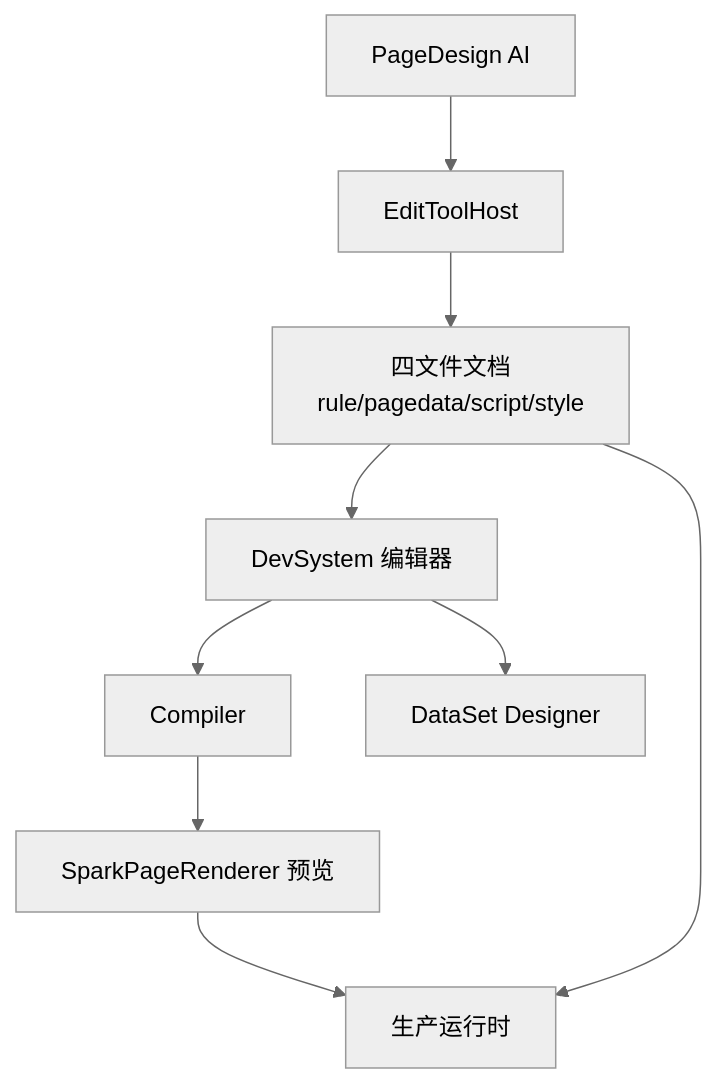
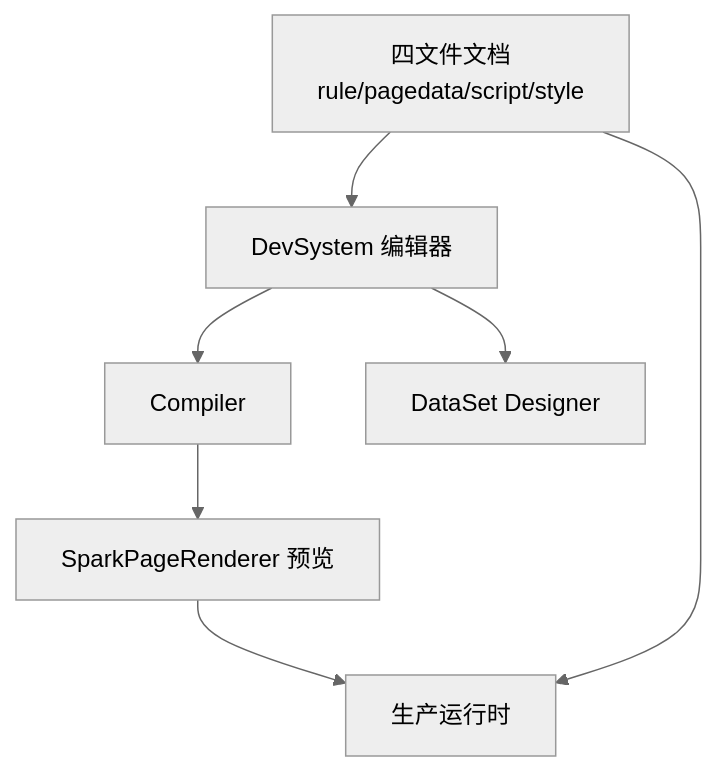
Before and after one commit to LMSpark/spark-view-vue: the diagram in docs/blog-series/16-devsystem-production-toolchain.md, drawn with Mermaid (neutral theme). The commit also changed other lines of this file and 35 other files, not shown here.

````diff
--- a/docs/blog-series/16-devsystem-production-toolchain.md
+++ b/docs/blog-series/16-devsystem-production-toolchain.md
@@ -39,18 +39,15 @@
 ```mermaid
 flowchart TB
   Files["四文件文档<br/>rule/pagedata/script/style"]
   Editor["DevSystem 编辑器"]
   Compiler["Compiler"]
   Preview["SparkPageRenderer 预览"]
   DataDesigner["DataSet Designer"]
-  AI["PageDesign AI"]
-  Host["EditToolHost"]
   Runtime["生产运行时"]
 
   Files --> Editor
   Editor --> Compiler --> Preview
   Editor --> DataDesigner
-  AI --> Host --> Files
   Preview --> Runtime
   Files --> Runtime
 ```
````
